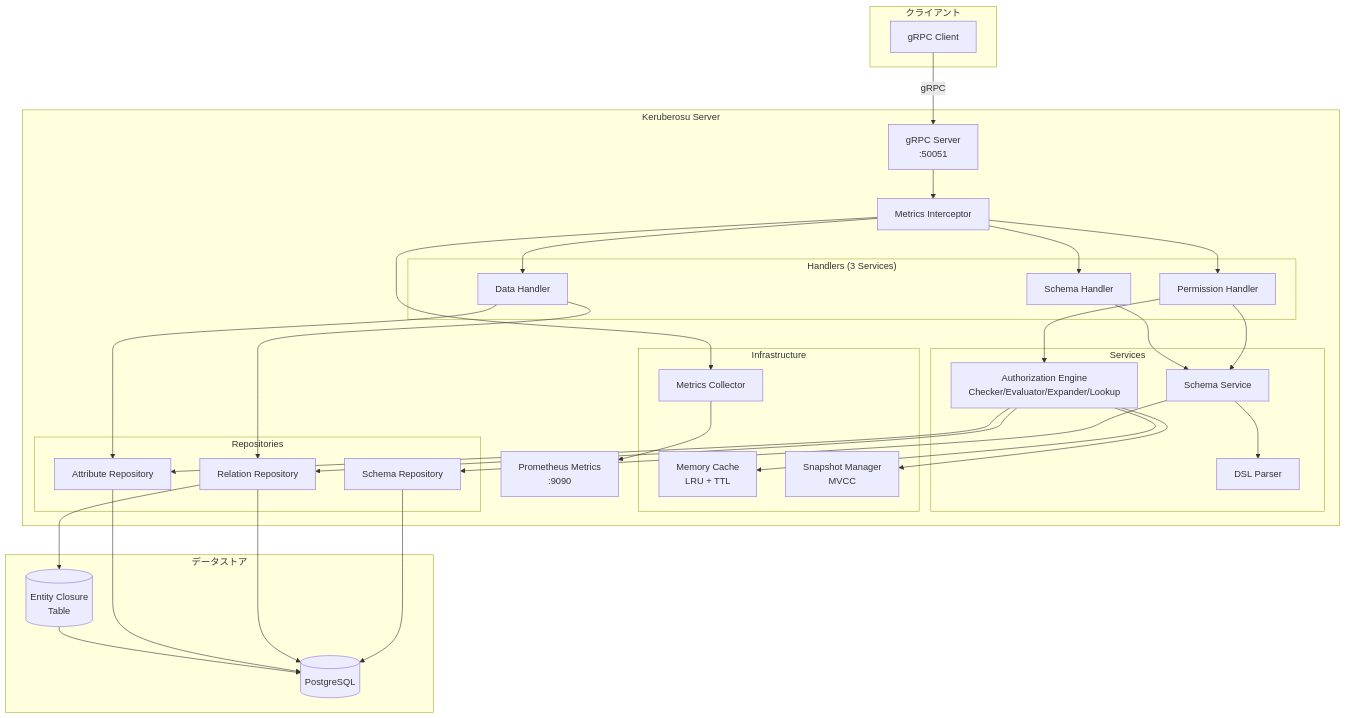
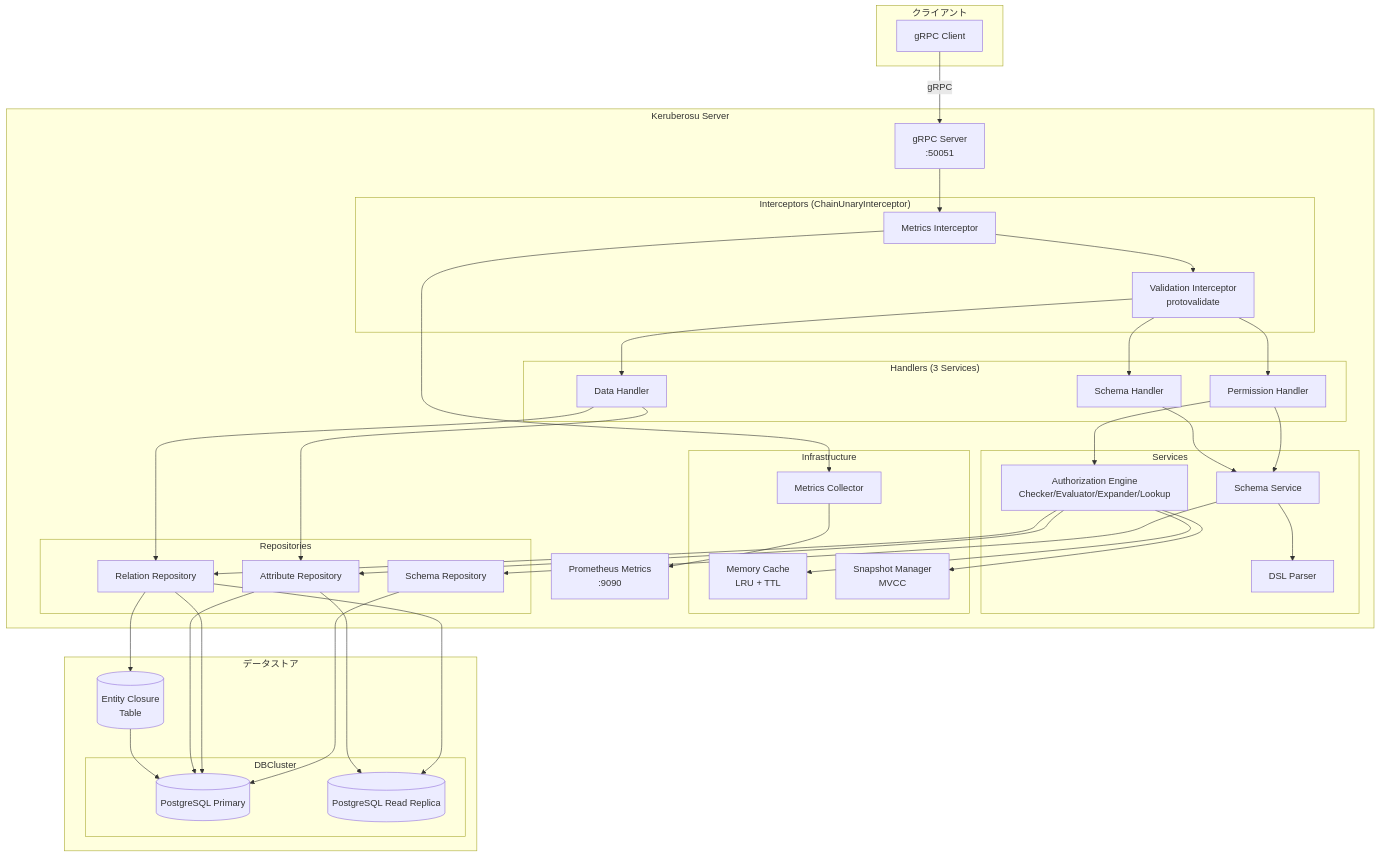
One commit to asakaida/keruberosu changed the first of 15 diagrams in docs/ARCHITECTURE.md. Above: the diagram before and after it, drawn with Mermaid. The commit also changed other lines of this file and 3 other files, not shown here.

````diff
--- a/docs/ARCHITECTURE.md
+++ b/docs/ARCHITECTURE.md
@@ -19,70 +19,80 @@
 ```mermaid
 graph TB
     subgraph "クライアント"
         Client[gRPC Client]
     end
 
     subgraph "Keruberosu Server"
         GRPCServer[gRPC Server<br/>:50051]
         MetricsServer[Prometheus Metrics<br/>:9090]
-        Interceptor[Metrics Interceptor]
+
+        subgraph "Interceptors (ChainUnaryInterceptor)"
+            MetricsInterceptor[Metrics Interceptor]
+            ValidationInterceptor[Validation Interceptor<br/>protovalidate]
+        end
 
         subgraph "Handlers (3 Services)"
             PermissionHandler[Permission Handler]
             DataHandler[Data Handler]
             SchemaHandler[Schema Handler]
         end
 
         subgraph "Services"
             SchemaService[Schema Service]
             AuthzEngine[Authorization Engine<br/>Checker/Evaluator/Expander/Lookup]
             Parser[DSL Parser]
         end
 
         subgraph "Infrastructure"
             Cache[Memory Cache<br/>LRU + TTL]
             SnapshotManager[Snapshot Manager<br/>MVCC]
             MetricsCollector[Metrics Collector]
         end
 
         subgraph "Repositories"
             SchemaRepo[Schema Repository]
             RelationRepo[Relation Repository]
             AttributeRepo[Attribute Repository]
         end
     end
 
     subgraph "データストア"
-        DB[(PostgreSQL)]
+        subgraph "DBCluster"
+            Primary[(PostgreSQL Primary)]
+            Replica[(PostgreSQL Read Replica)]
+        end
         ClosureTable[(Entity Closure<br/>Table)]
     end
 
     Client -->|gRPC| GRPCServer
-    GRPCServer --> Interceptor
-    Interceptor --> PermissionHandler
-    Interceptor --> DataHandler
-    Interceptor --> SchemaHandler
+    GRPCServer --> MetricsInterceptor
+    MetricsInterceptor --> ValidationInterceptor
+    ValidationInterceptor --> PermissionHandler
+    ValidationInterceptor --> DataHandler
+    ValidationInterceptor --> SchemaHandler
 
     PermissionHandler --> AuthzEngine
     PermissionHandler --> SchemaService
     DataHandler --> RelationRepo
     DataHandler --> AttributeRepo
     SchemaHandler --> SchemaService
 
     SchemaService --> Parser
     SchemaService --> SchemaRepo
 
     AuthzEngine --> Cache
     AuthzEngine --> SnapshotManager
     AuthzEngine --> RelationRepo
     AuthzEngine --> AttributeRepo
 
-    Interceptor --> MetricsCollector
+    MetricsInterceptor --> MetricsCollector
     MetricsCollector --> MetricsServer
 
-    SchemaRepo --> DB
-    RelationRepo --> DB
+    SchemaRepo --> Primary
+    RelationRepo --> Primary
+    RelationRepo --> Replica
     RelationRepo --> ClosureTable
-    AttributeRepo --> DB
-    ClosureTable --> DB
+    AttributeRepo --> Primary
+    AttributeRepo --> Replica
+    ClosureTable --> Primary
 ```
````
